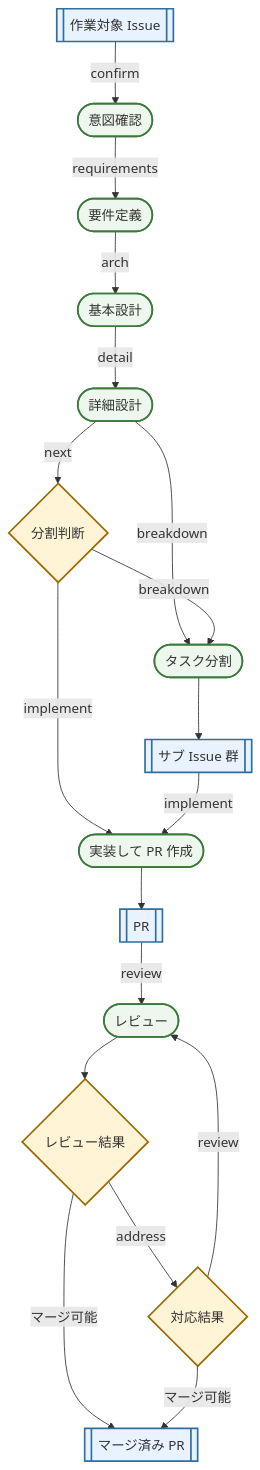
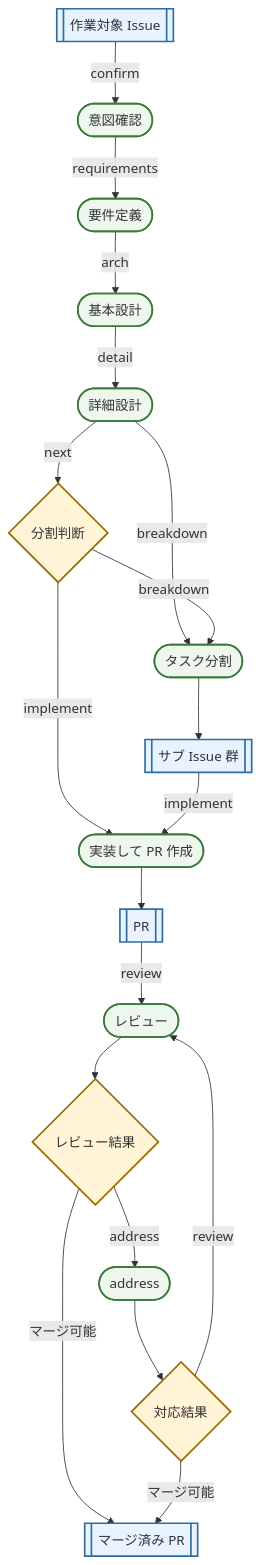
One commit to Hiroshiba/vv-ai changed the diagram in README.md. Above: the diagram before and after it, drawn with Mermaid.

Commit message:
docs: READMEのaddress工程を明示する

````diff
--- a/README.md
+++ b/README.md
@@ -11,43 +11,45 @@
 ```mermaid
 flowchart TD
   issue[["作業対象 Issue"]]
   intent(["意図確認"])
   requirements(["要件定義"])
   arch(["基本設計"])
   detail(["詳細設計"])
   next_decision{"分割判断"}
   breakdown(["タスク分割"])
   subissues[["サブ Issue 群"]]
   implement_issue(["実装して PR 作成"])
   pr[["PR"]]
   review(["レビュー"])
   review_result{"レビュー結果"}
+  address(["address"])
   address_result{"対応結果"}
   merged[["マージ済み PR"]]
 
   issue -- "confirm" --> intent
   intent -- "requirements" --> requirements
   requirements -- "arch" --> arch
   arch -- "detail" --> detail
   detail -- "next" --> next_decision
   detail -- "breakdown" --> breakdown
   next_decision -- "breakdown" --> breakdown
   next_decision -- "implement" --> implement_issue
   breakdown --> subissues
   subissues -- "implement" --> implement_issue
   implement_issue --> pr
   pr -- "review" --> review
   review --> review_result
   review_result -- "マージ可能" --> merged
-  review_result -- "address" --> address_result
+  review_result -- "address" --> address
+  address --> address_result
   address_result -- "review" --> review
   address_result -- "マージ可能" --> merged
 
   class issue,subissues,pr,merged githubObject
-  class intent,requirements,arch,detail,breakdown,implement_issue,review aiStep
+  class intent,requirements,arch,detail,breakdown,implement_issue,review,address aiStep
   class next_decision,review_result,address_result decision
 
   classDef githubObject fill:#e8f3ff,stroke:#2f6f9f,stroke-width:2px
   classDef aiStep fill:#edf7ed,stroke:#3c7a3c,stroke-width:2px
   classDef decision fill:#fff4d6,stroke:#9a6a00,stroke-width:2px
 ```
````
